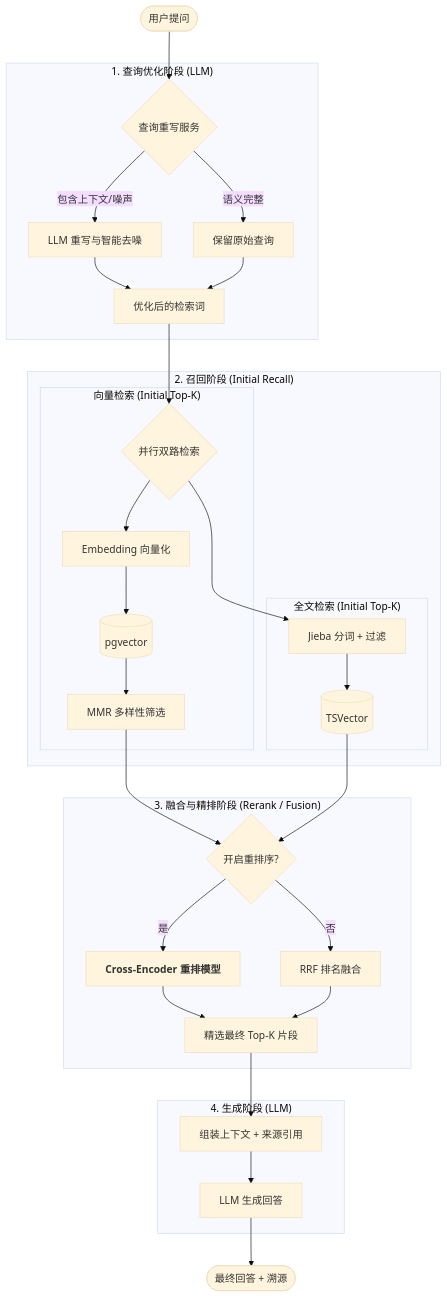
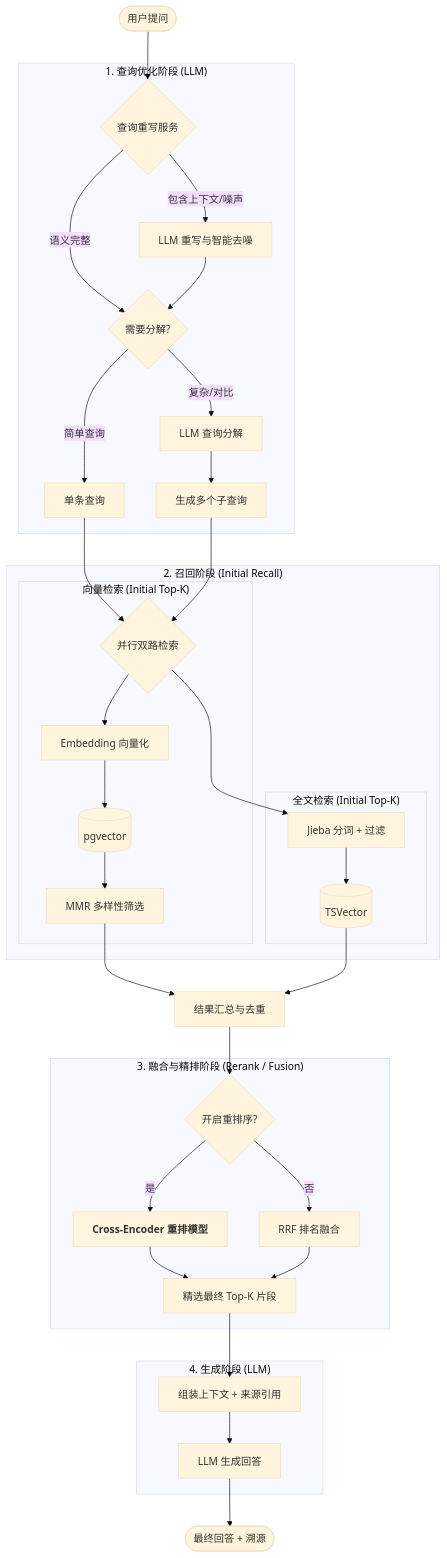
The diagram in README.md (twocold0451/J-RAG), drawn with Mermaid (base theme) before and after one commit. The commit also changed other lines of this file and 5 other files, not shown here.

````diff
--- a/README.md
+++ b/README.md
@@ -108,43 +111,48 @@
 ```mermaid
 graph TD
     User([用户提问]) --> Rewrite{查询重写服务}
     
     subgraph "1. 查询优化阶段 (LLM)"
         Rewrite -- 包含上下文/噪声 --> LLM_Rewrite[LLM 重写与智能去噪]
-        Rewrite -- 语义完整 --> Original_Query[保留原始查询]
-        LLM_Rewrite --> Cleaned_Query[优化后的检索词]
-        Original_Query --> Cleaned_Query
+        Rewrite -- 语义完整 --> Decompose_Check{需要分解?}
+        LLM_Rewrite --> Decompose_Check
+        
+        Decompose_Check -- 简单查询 --> Single_Query[单条查询]
+        Decompose_Check -- 复杂/对比 --> Decompose[LLM 查询分解]
+        Decompose --> Sub_Queries[生成多个子查询]
     end
 
-    Cleaned_Query --> Search_Parallel{并行双路检索}
+    Single_Query --> Search_Parallel{并行双路检索}
+    Sub_Queries --> Search_Parallel
 
     subgraph "2. 召回阶段 (Initial Recall)"
         subgraph "向量检索 (Initial Top-K)"
             Search_Parallel --> Embedding[Embedding 向量化]
             Embedding --> Vector_DB[(pgvector)]
             Vector_DB --> MMR[MMR 多样性筛选]
         end
 
         subgraph "全文检索 (Initial Top-K)"
             Search_Parallel --> Jieba[Jieba 分词 + 过滤]
             Jieba --> FTS_DB[(TSVector)]
         end
     end
-
-    MMR --> Decision{开启重排序?}
-    FTS_DB --> Decision
+    
+    MMR --> Merge[结果汇总与去重]
+    FTS_DB --> Merge
+    Merge --> Decision{开启重排序?}
 
     subgraph "3. 融合与精排阶段 (Rerank / Fusion)"
         Decision -- 是 --> Rerank[<b>Cross-Encoder 重排模型</b>]
         Decision -- 否 --> RRF[RRF 排名融合]
         Rerank --> Top_K[精选最终 Top-K 片段]
         RRF --> Top_K
     end
 
     subgraph "4. 生成阶段 (LLM)"
         Top_K --> Context[组装上下文 + 来源引用]
         Context --> LLM_Gen[LLM 生成回答]
     end
 
     LLM_Gen --> Final_Response([最终回答 + 溯源])
 ```
````
